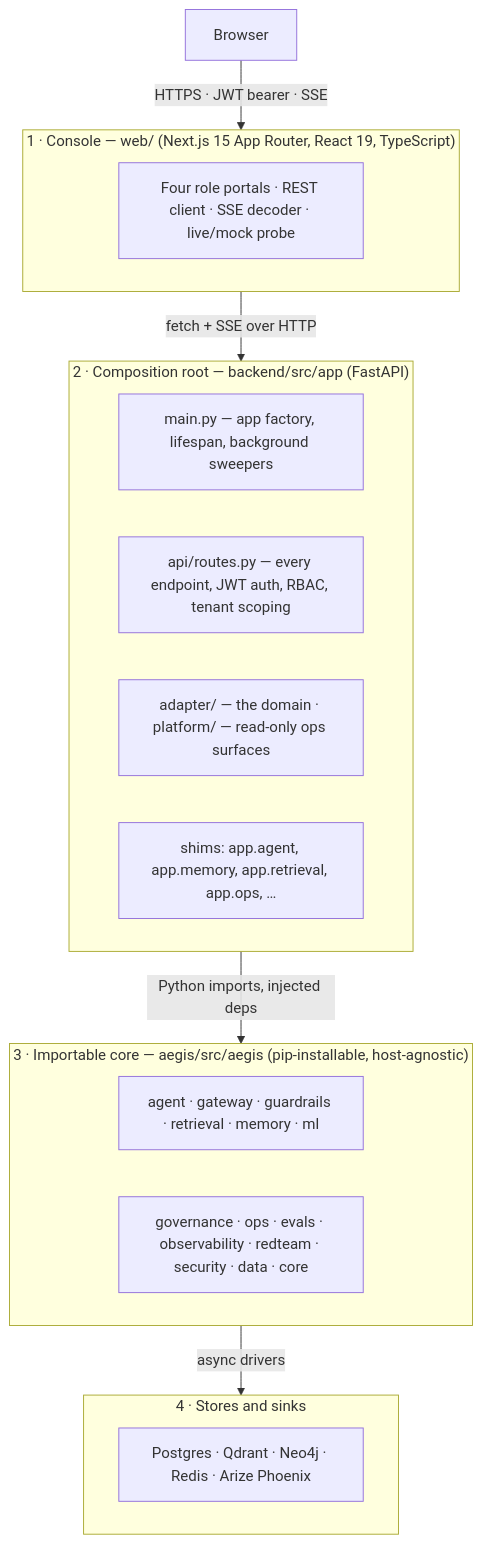
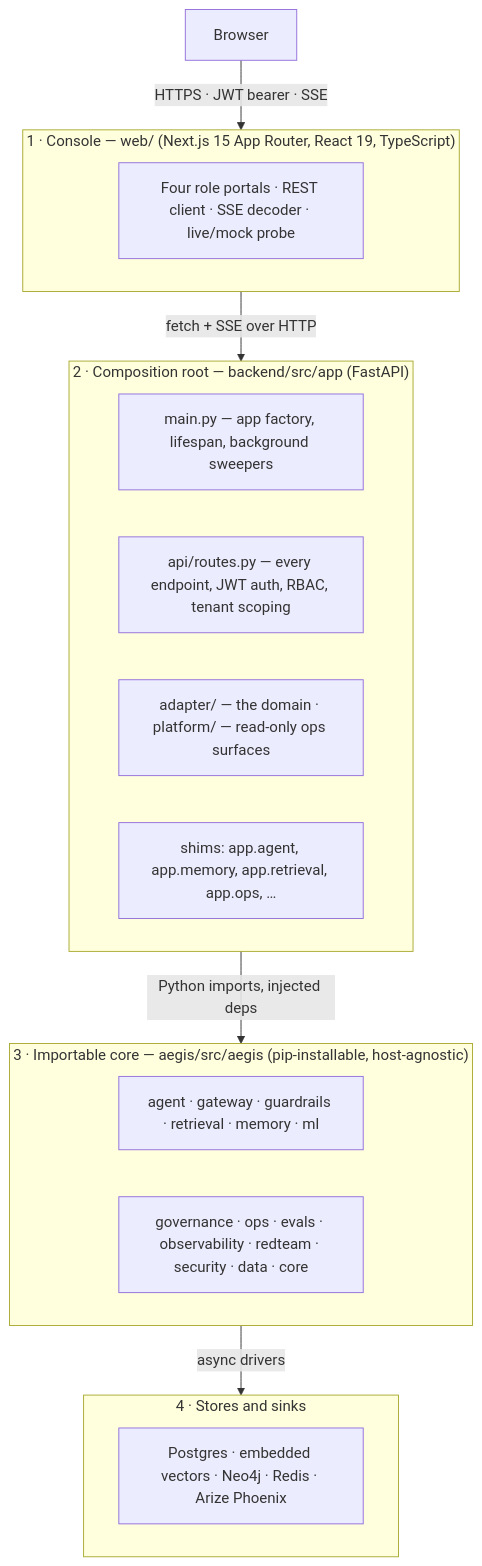
One commit to yrevash/aegis changed the first of 6 diagrams in docs/learn/10-architecture.md. Above: the diagram before and after it, drawn with Mermaid. The commit also changed other lines of this file and 79 other files, not shown here.

````diff
--- a/docs/learn/10-architecture.md
+++ b/docs/learn/10-architecture.md
@@ -11,29 +11,29 @@
 ```mermaid
 flowchart TB
     B["Browser"]
 
     subgraph L1["1 · Console — web/  (Next.js 15 App Router, React 19, TypeScript)"]
         L1a["Four role portals · REST client · SSE decoder · live/mock probe"]
     end
 
     subgraph L2["2 · Composition root — backend/src/app  (FastAPI)"]
         L2a["main.py — app factory, lifespan, background sweepers"]
         L2b["api/routes.py — every endpoint, JWT auth, RBAC, tenant scoping"]
         L2c["adapter/ — the domain · platform/ — read-only ops surfaces"]
         L2d["shims: app.agent, app.memory, app.retrieval, app.ops, …"]
     end
 
     subgraph L3["3 · Importable core — aegis/src/aegis  (pip-installable, host-agnostic)"]
         L3a["agent · gateway · guardrails · retrieval · memory · ml"]
         L3b["governance · ops · evals · observability · redteam · security · data · core"]
     end
 
     subgraph L4["4 · Stores and sinks"]
-        L4a["Postgres · Qdrant · Neo4j · Redis · Arize Phoenix"]
+        L4a["Postgres · embedded vectors · Neo4j · Redis · Arize Phoenix"]
     end
 
     B -->|"HTTPS · JWT bearer · SSE"| L1
     L1 -->|"fetch + SSE over HTTP"| L2
     L2 -->|"Python imports, injected deps"| L3
     L3 -->|"async drivers"| L4
 ```
````
